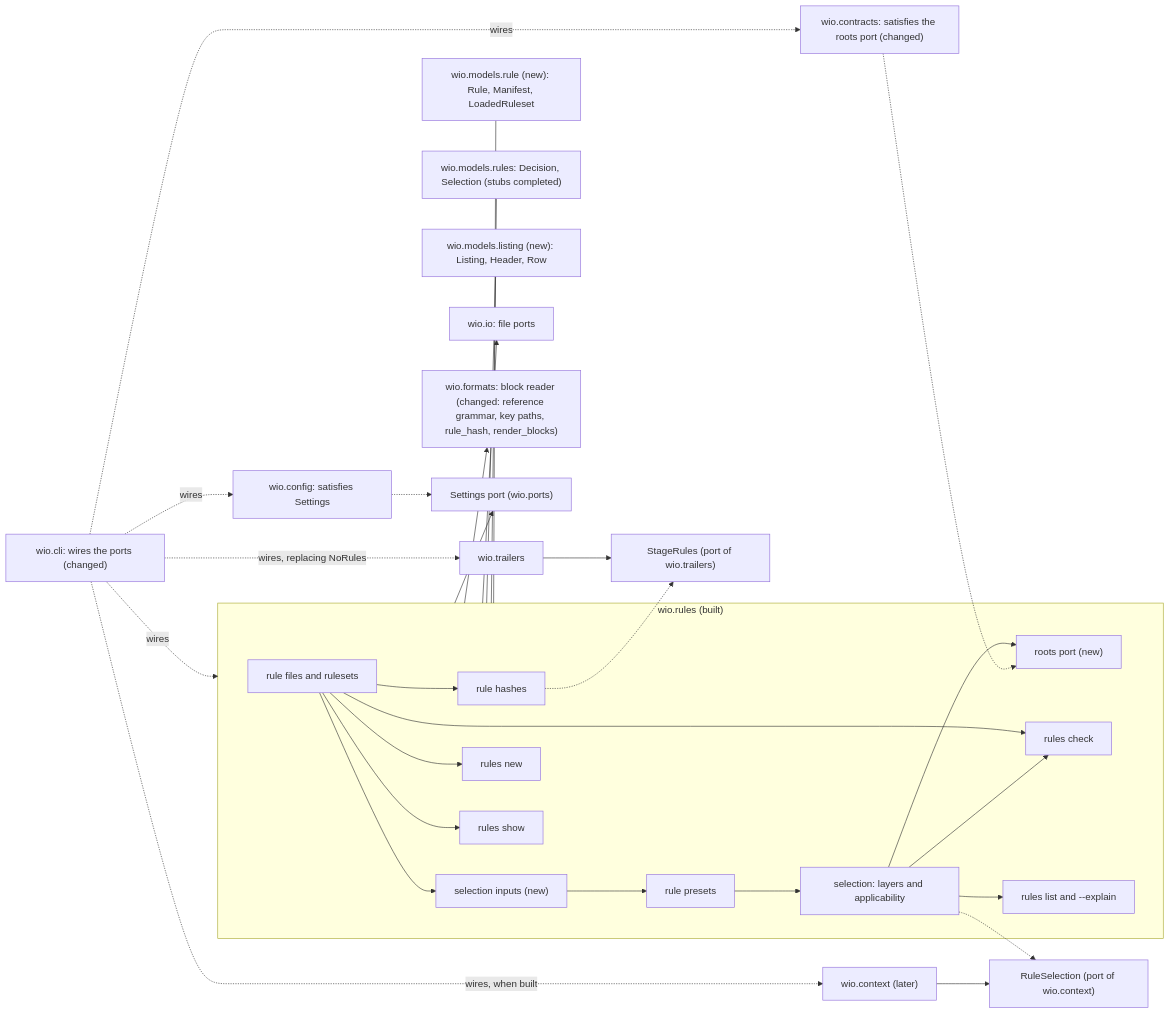
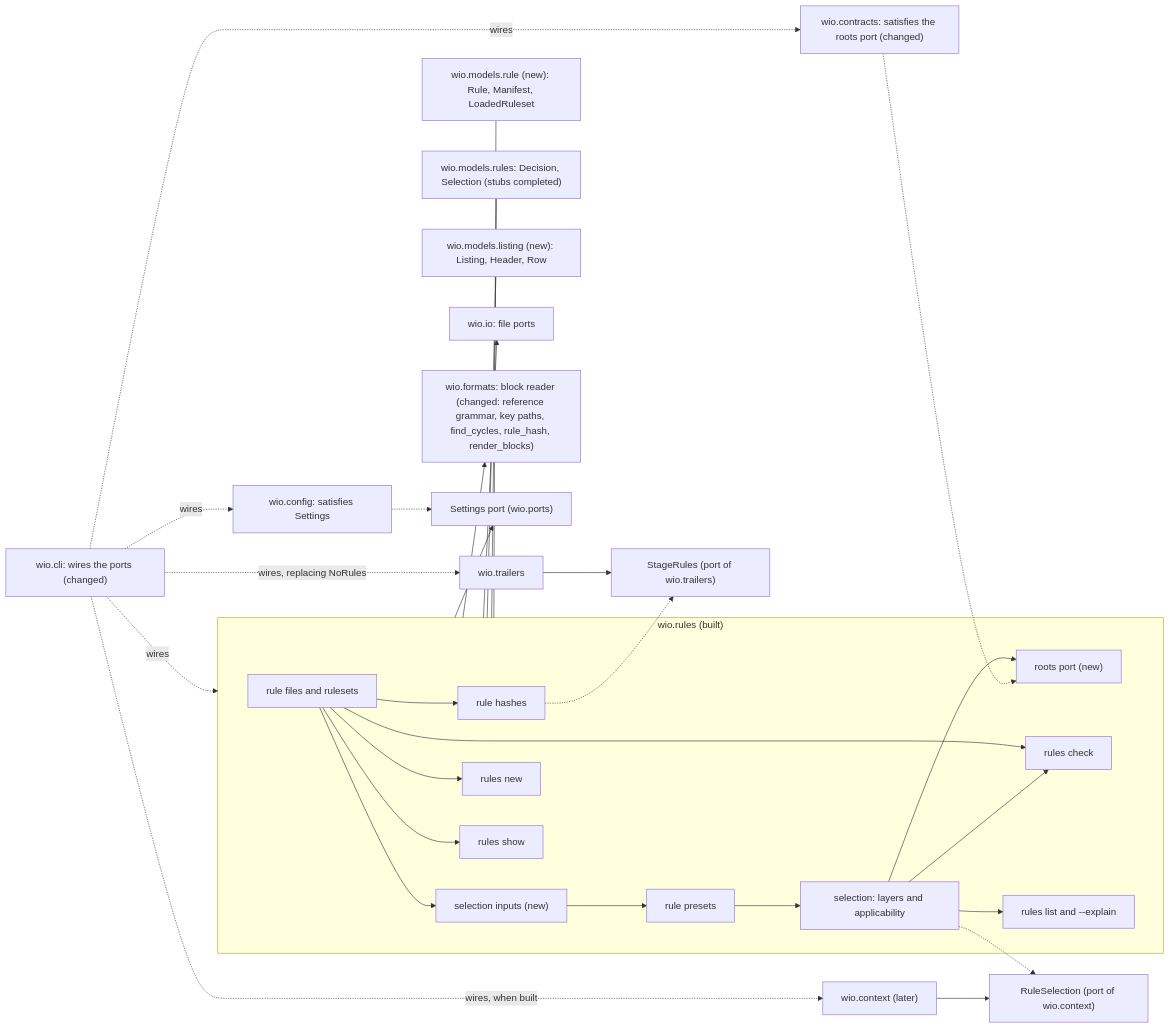
One commit to msitarz/wio changed the second of 2 diagrams in .agents/wio/works/wio-rules/README.md. Above: the diagram before and after it, drawn with Mermaid. The commit also changed other lines of this file and 5 other files, not shown here.

````diff
--- a/.agents/wio/works/wio-rules/README.md
+++ b/.agents/wio/works/wio-rules/README.md
@@ -300,53 +304,53 @@
 ```mermaid
 flowchart LR
     subgraph rules["wio.rules (built)"]
         files["rule files and rulesets"]
         presets["rule presets"]
         select["selection: layers and applicability"]
         hashes["rule hashes"]
         inputs["selection inputs (new)"]
         rootsport["roots port (new)"]
         new["rules new"]
         check["rules check"]
         list["rules list and --explain"]
         show["rules show"]
     end
     ruledata["wio.models.rule (new): Rule, Manifest, LoadedRuleset"]
     models["wio.models.rules: Decision, Selection (stubs completed)"]
     listing["wio.models.listing (new): Listing, Header, Row"]
     io["wio.io: file ports"]
-    fmt["wio.formats: block reader (changed: reference grammar, key paths, rule_hash, render_blocks)"]
+    fmt["wio.formats: block reader (changed: reference grammar, key paths, find_cycles, rule_hash, render_blocks)"]
     settings["Settings port (wio.ports)"]
     selport["RuleSelection (port of wio.context)"]
     stageport["StageRules (port of wio.trailers)"]
     config["wio.config: satisfies Settings"]
     contracts["wio.contracts: satisfies the roots port (changed)"]
     ctx["wio.context (later)"]
     trl["wio.trailers"]
     cli["wio.cli: wires the ports (changed)"]
     files --> inputs --> presets --> select
     files --> new
     files --> check
     files --> show
     files --> hashes
     select --> check
     select --> list
     select --> rootsport
     rules --- ruledata
     rules --- models
     rules --- listing
     rules --> io
     rules --> fmt
     rules --> settings
     config -.-> settings
     contracts -.-> rootsport
     select -.-> selport
     hashes -.-> stageport
     ctx --> selport
     trl --> stageport
     cli -. "wires" .-> rules
     cli -. "wires" .-> config
     cli -. "wires" .-> contracts
     cli -. "wires, replacing NoRules" .-> trl
     cli -. "wires, when built" .-> ctx
 ```
````
